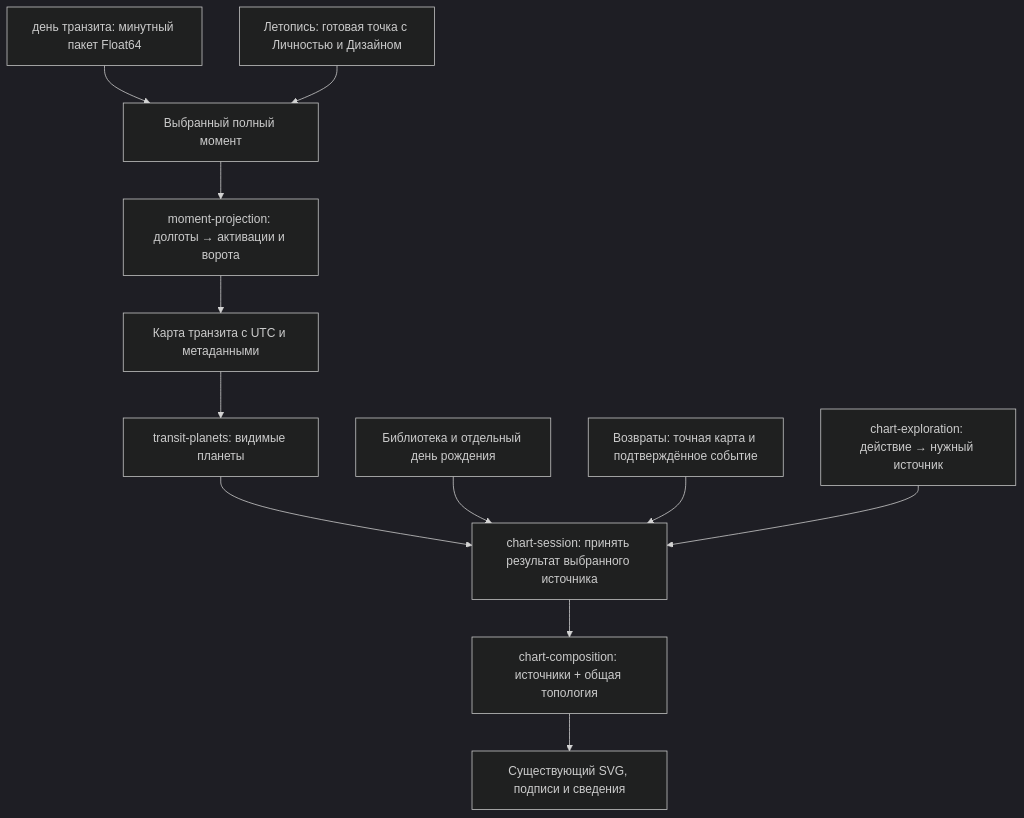
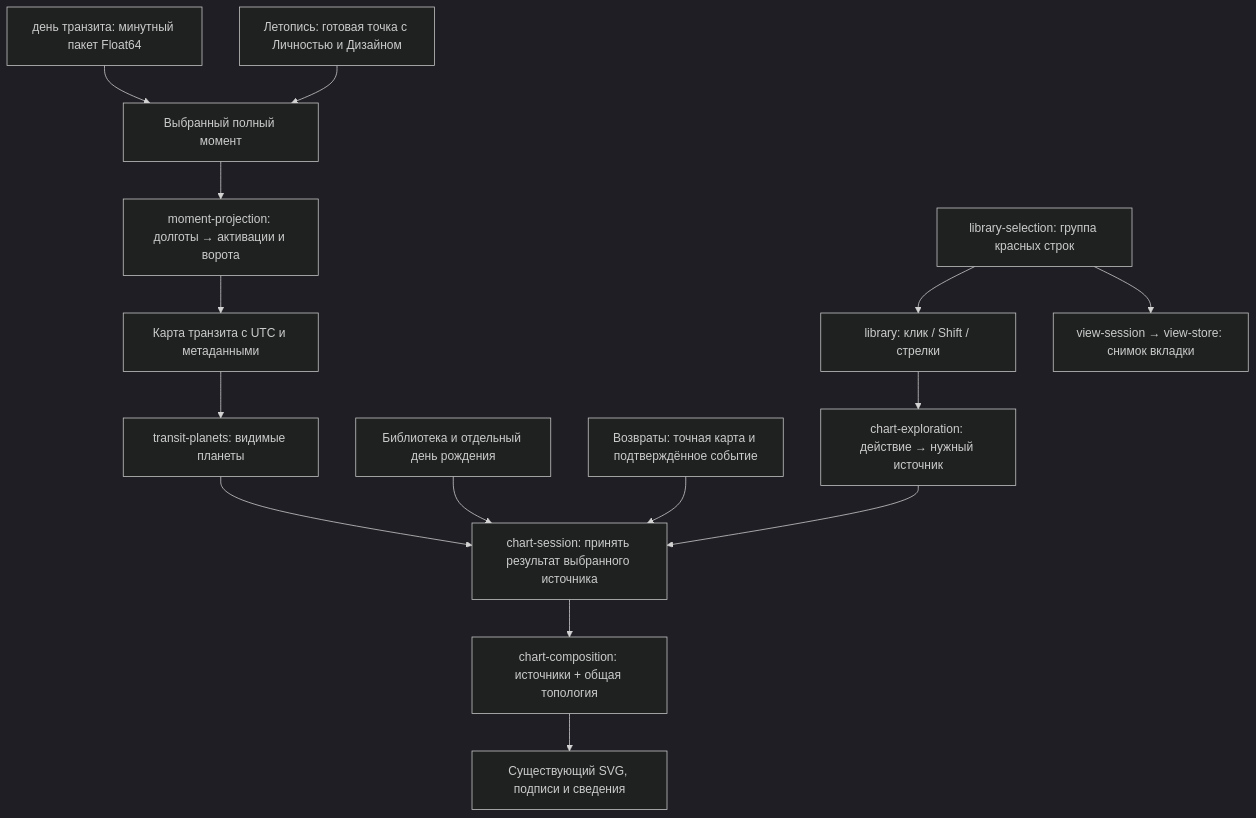
Before and after one commit to JMahach/forma: the second of 3 diagrams in README.md, drawn with Mermaid (dark theme). The commit also changed other lines of this file and 344 other files, not shown here.

````diff
--- a/README.md
+++ b/README.md
@@ -798,14 +924,17 @@
 ```mermaid
 flowchart TB
   day["день транзита: минутный пакет Float64"] --> sample["Выбранный полный момент"]
   lifetime["Летопись: готовая точка с Личностью и Дизайном"] --> sample
   sample --> projection["moment-projection: долготы → активации и ворота"]
   projection --> chart["Карта транзита с UTC и метаданными"]
   chart --> filter["transit-planets: видимые планеты"]
   filter --> session["chart-session: принять результат выбранного источника"]
   birth["Библиотека и отдельный день рождения"] --> session
+  group["library-selection: группа красных строк"] --> navigation["library: клик / Shift / стрелки"]
+  navigation --> commands
+  group --> savedView["view-session → view-store: снимок вкладки"]
   returns["Возвраты: точная карта и подтверждённое событие"] --> session
   commands["chart-exploration: действие → нужный источник"] --> session
   session --> composition["chart-composition: источники + общая топология"]
   composition --> scene["Существующий SVG, подписи и сведения"]
 ```
````
